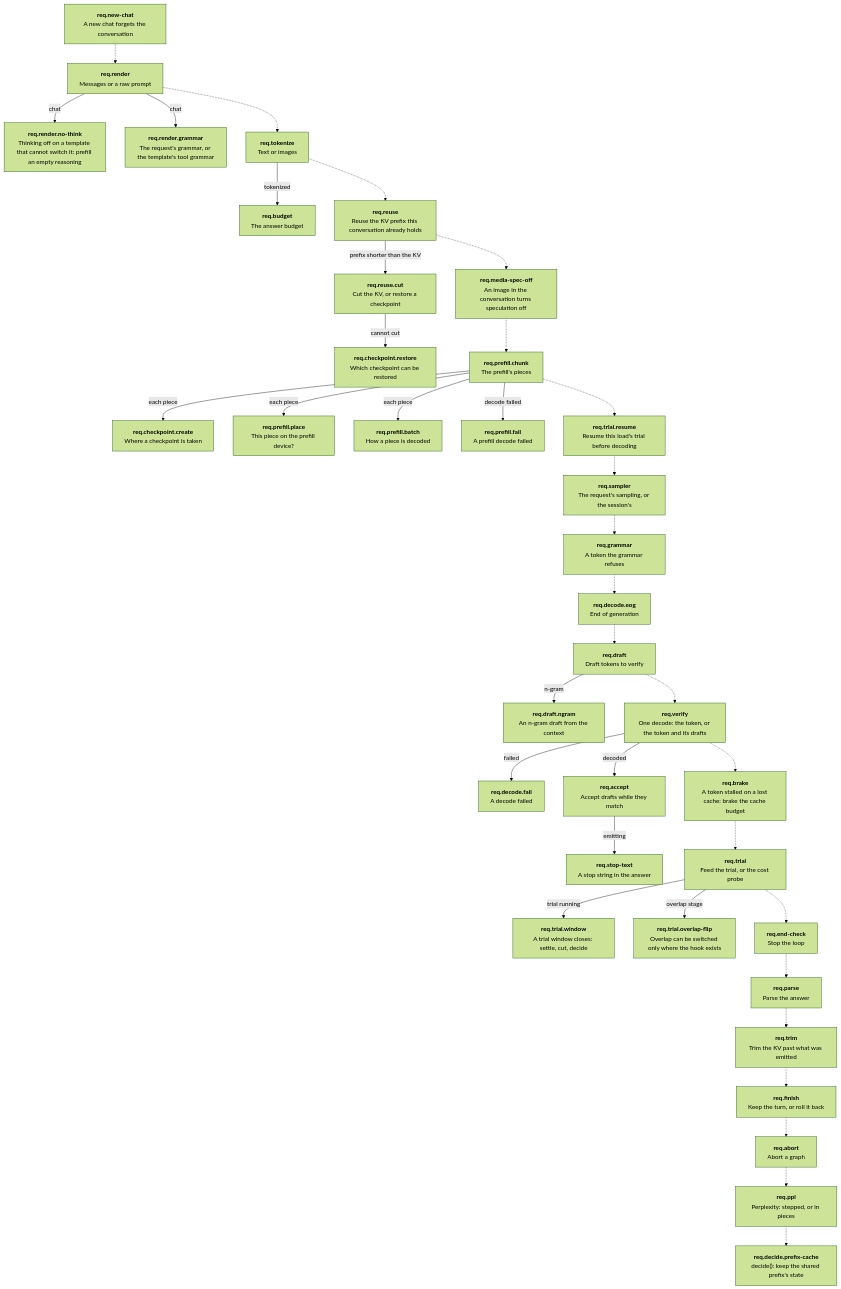
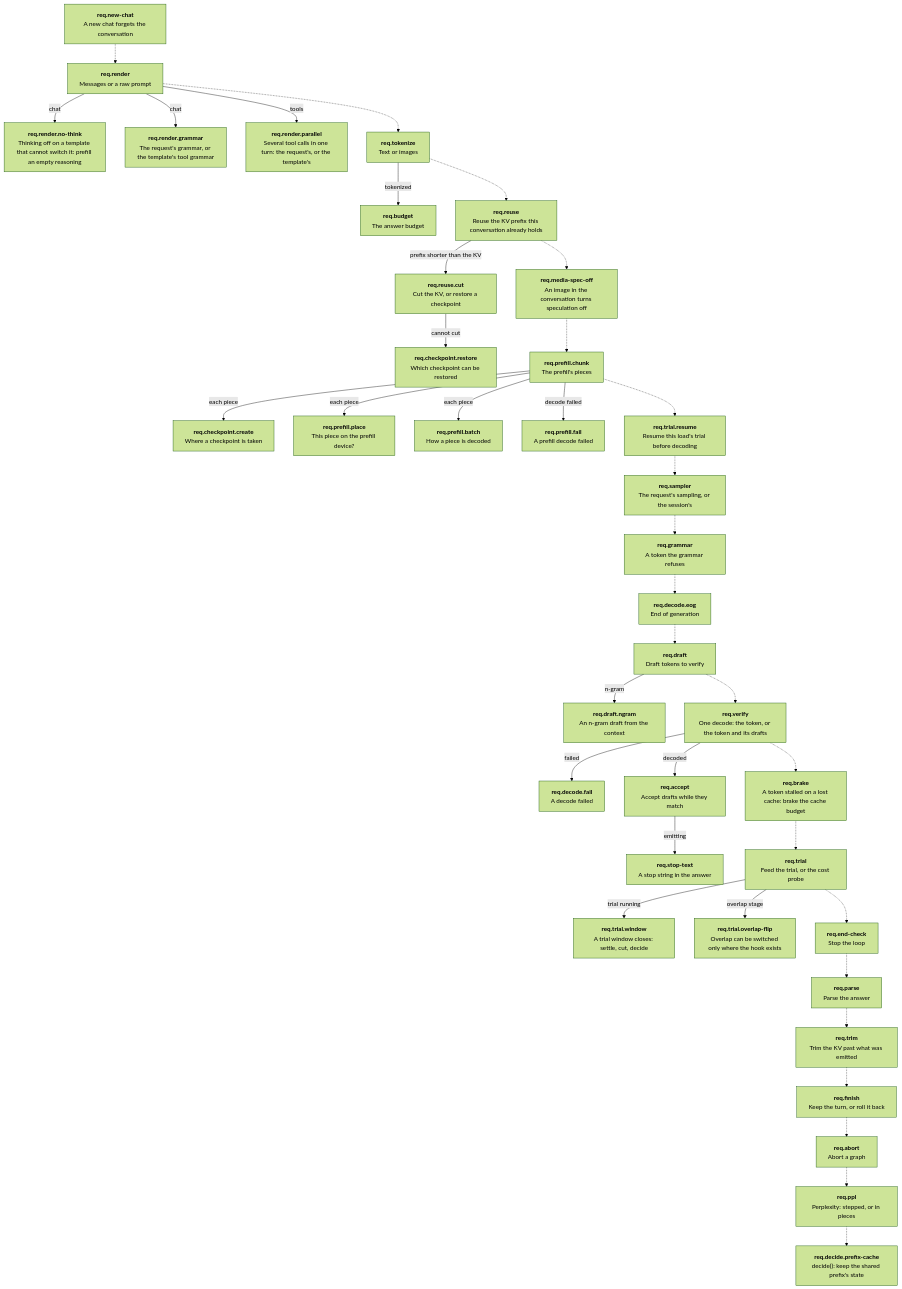
Before and after one commit to Helldez/BigMoeOnEdge: the sixth of 7 diagrams in docs/decision-tree.md, drawn with Mermaid (forest theme). The commit also changed other lines of this file and 16 other files, not shown here.

First line of the commit message:
fix(chat): a request without parallel_tool_calls gets what the template supports

````diff
--- a/docs/decision-tree.md
+++ b/docs/decision-tree.md
@@ -1731,74 +1732,76 @@
 ```mermaid
 flowchart TD
     req_new_chat["<b>req.new-chat</b><br/>A new chat forgets the conversation"]
     req_render["<b>req.render</b><br/>Messages or a raw prompt"]
     req_render_no_think["<b>req.render.no-think</b><br/>Thinking off on a template that cannot switch it: prefill an empty reasoning"]
     req_render_grammar["<b>req.render.grammar</b><br/>The request's grammar, or the template's tool grammar"]
+    req_render_parallel["<b>req.render.parallel</b><br/>Several tool calls in one turn: the request's, or the template's"]
     req_tokenize["<b>req.tokenize</b><br/>Text or images"]
     req_budget["<b>req.budget</b><br/>The answer budget"]
     req_reuse["<b>req.reuse</b><br/>Reuse the KV prefix this conversation already holds"]
     req_reuse_cut["<b>req.reuse.cut</b><br/>Cut the KV, or restore a checkpoint"]
     req_checkpoint_restore["<b>req.checkpoint.restore</b><br/>Which checkpoint can be restored"]
     req_media_spec_off["<b>req.media-spec-off</b><br/>An image in the conversation turns speculation off"]
     req_prefill_chunk["<b>req.prefill.chunk</b><br/>The prefill's pieces"]
     req_checkpoint_create["<b>req.checkpoint.create</b><br/>Where a checkpoint is taken"]
     req_prefill_place["<b>req.prefill.place</b><br/>This piece on the prefill device?"]
     req_prefill_batch["<b>req.prefill.batch</b><br/>How a piece is decoded"]
     req_prefill_fail["<b>req.prefill.fail</b><br/>A prefill decode failed"]
     req_trial_resume["<b>req.trial.resume</b><br/>Resume this load's trial before decoding"]
     req_sampler["<b>req.sampler</b><br/>The request's sampling, or the session's"]
     req_grammar["<b>req.grammar</b><br/>A token the grammar refuses"]
     req_decode_eog["<b>req.decode.eog</b><br/>End of generation"]
     req_draft["<b>req.draft</b><br/>Draft tokens to verify"]
     req_draft_ngram["<b>req.draft.ngram</b><br/>An n-gram draft from the context"]
     req_verify["<b>req.verify</b><br/>One decode: the token, or the token and its drafts"]
     req_decode_fail["<b>req.decode.fail</b><br/>A decode failed"]
     req_accept["<b>req.accept</b><br/>Accept drafts while they match"]
     req_stop_text["<b>req.stop-text</b><br/>A stop string in the answer"]
     req_brake["<b>req.brake</b><br/>A token stalled on a lost cache: brake the cache budget"]
     req_trial["<b>req.trial</b><br/>Feed the trial, or the cost probe"]
     req_trial_window["<b>req.trial.window</b><br/>A trial window closes: settle, cut, decide"]
     req_trial_overlap_flip["<b>req.trial.overlap-flip</b><br/>Overlap can be switched only where the hook exists"]
     req_end_check["<b>req.end-check</b><br/>Stop the loop"]
     req_parse["<b>req.parse</b><br/>Parse the answer"]
     req_trim["<b>req.trim</b><br/>Trim the KV past what was emitted"]
     req_finish["<b>req.finish</b><br/>Keep the turn, or roll it back"]
     req_abort["<b>req.abort</b><br/>Abort a graph"]
     req_ppl["<b>req.ppl</b><br/>Perplexity: stepped, or in pieces"]
     req_decide_prefix_cache["<b>req.decide.prefix-cache</b><br/>decide(): keep the shared prefix's state"]
     req_render -->|"chat"| req_render_no_think
     req_render -->|"chat"| req_render_grammar
+    req_render -->|"tools"| req_render_parallel
     req_tokenize -->|"tokenized"| req_budget
     req_reuse -->|"prefix shorter than the KV"| req_reuse_cut
     req_reuse_cut -->|"cannot cut"| req_checkpoint_restore
     req_prefill_chunk -->|"each piece"| req_checkpoint_create
     req_prefill_chunk -->|"each piece"| req_prefill_place
     req_prefill_chunk -->|"each piece"| req_prefill_batch
     req_prefill_chunk -->|"decode failed"| req_prefill_fail
     req_draft -->|"n-gram"| req_draft_ngram
     req_verify -->|"failed"| req_decode_fail
     req_verify -->|"decoded"| req_accept
     req_accept -->|"emitting"| req_stop_text
     req_trial -->|"trial running"| req_trial_window
     req_trial -->|"overlap stage"| req_trial_overlap_flip
     req_new_chat -.-> req_render
     req_render -.-> req_tokenize
     req_tokenize -.-> req_reuse
     req_reuse -.-> req_media_spec_off
     req_media_spec_off -.-> req_prefill_chunk
     req_prefill_chunk -.-> req_trial_resume
     req_trial_resume -.-> req_sampler
     req_sampler -.-> req_grammar
     req_grammar -.-> req_decode_eog
     req_decode_eog -.-> req_draft
     req_draft -.-> req_verify
     req_verify -.-> req_brake
     req_brake -.-> req_trial
     req_trial -.-> req_end_check
     req_end_check -.-> req_parse
     req_parse -.-> req_trim
     req_trim -.-> req_finish
     req_finish -.-> req_abort
     req_abort -.-> req_ppl
     req_ppl -.-> req_decide_prefix_cache
 ```
````
